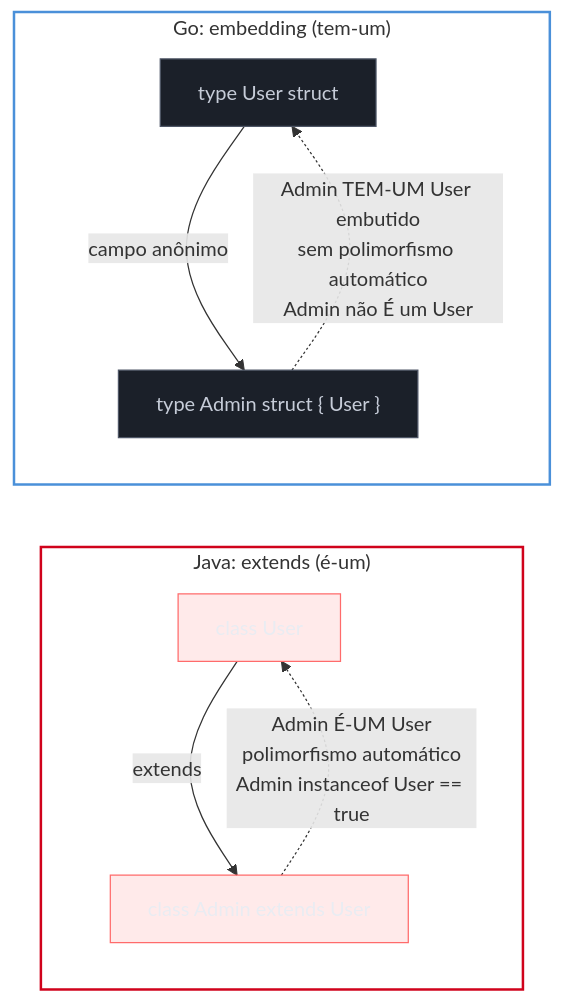
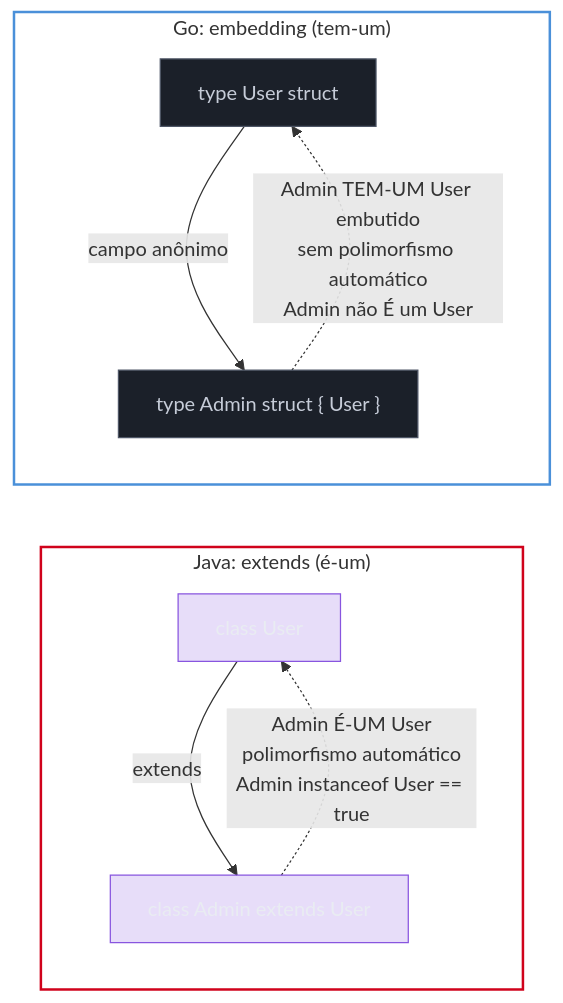
Before and after one commit to josenaldo/codex-technomanticus: the second of 4 diagrams in 03-Dominios/Tecnologia/Go/02 - Tipos, structs e métodos/05 - Composição por embedding.md, drawn with Mermaid. The commit also changed other lines of this file and 601 other files, not shown here.

````diff
--- a/03-Dominios/Tecnologia/Go/02 - Tipos, structs e métodos/05 - Composição por embedding.md
+++ b/03-Dominios/Tecnologia/Go/02 - Tipos, structs e métodos/05 - Composição por embedding.md
@@ -189,23 +189,23 @@
 ```mermaid
 flowchart LR
-    classDef falha fill:#FF6B6B24,stroke:#FF6B6B,color:#E9ECF2
+    classDef marca fill:#8855DF33,stroke:#8855DF,color:#E9ECF2
     classDef neutro fill:#1B2029,stroke:#4E5666,color:#C6CCD8
     subgraph Java["Java: extends (é-um)"]
         direction TB
         UJ["class User"] -->|"extends"| AJ["class Admin extends User"]
         AJ -.->|"Admin É-UM User\npolimorfismo automático\nAdmin instanceof User == true"| UJ
     end
 
     subgraph Go["Go: embedding (tem-um)"]
         direction TB
         UG["type User struct"] -->|"campo anônimo"| AG["type Admin struct { User }"]
         AG -.->|"Admin TEM-UM User embutido\nsem polimorfismo automático\nAdmin não É um User"| UG
     end
 
     style Java fill:none,stroke:#D0021B,stroke-width:2px
     style Go fill:none,stroke:#4A90D9,stroke-width:2px
-    class UJ falha
-    class AJ falha
+    class UJ marca
+    class AJ marca
     class UG neutro
     class AG neutro
 ```
````
